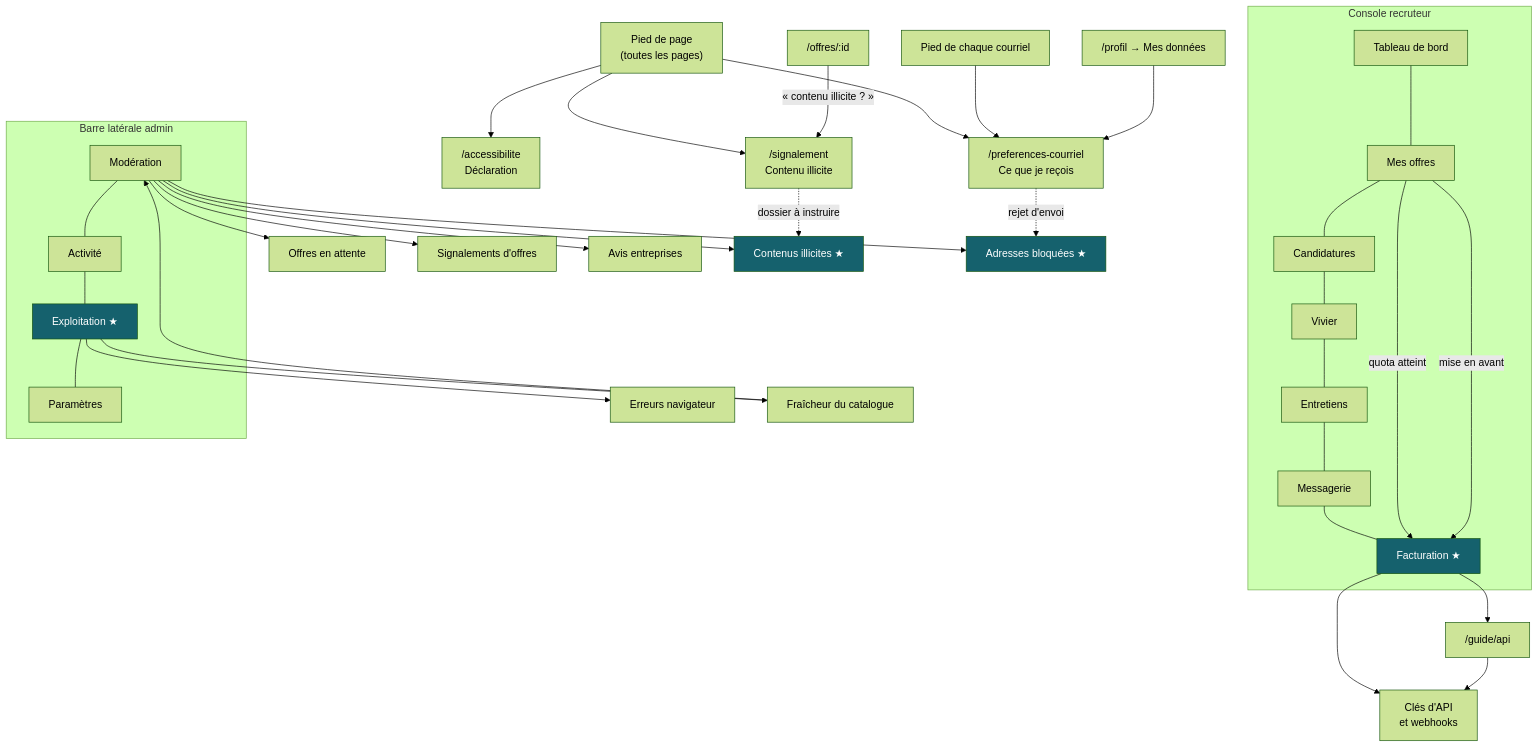
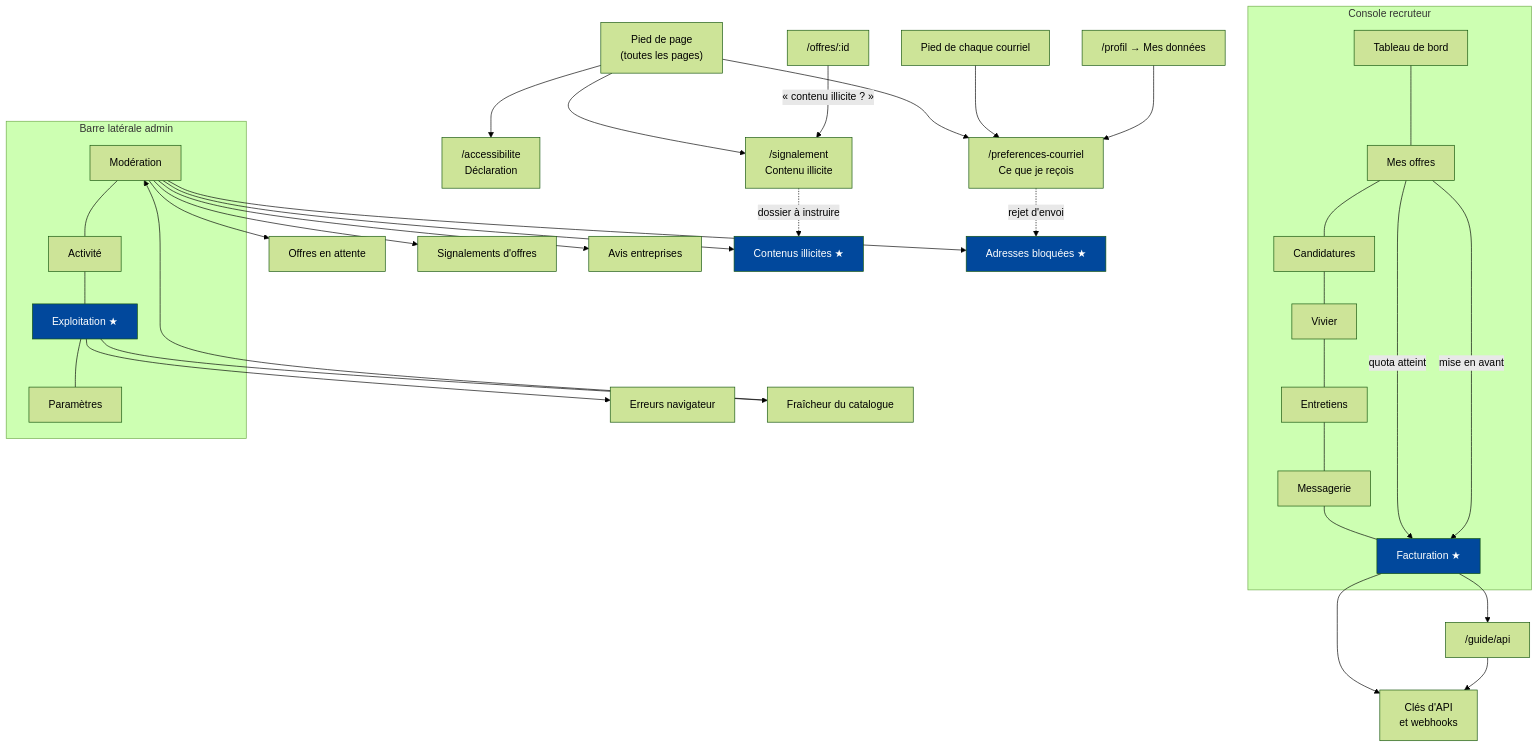
Before and after one commit to olivierdupuy/LaPlateformeDeLemploiFront: the first of 14 diagrams in WORKFLOWS.md, drawn with Mermaid (forest theme). The commit also changed 81 other files, not shown here.

````diff
--- a/WORKFLOWS.md
+++ b/WORKFLOWS.md
@@ -23,47 +23,47 @@
 ```mermaid
 graph TD
     Pied["Pied de page<br/>(toutes les pages)"]
     Pied --> Acc["/accessibilite<br/>Déclaration"]
     Pied --> Sig["/signalement<br/>Contenu illicite"]
     Pied --> Pref["/preferences-courriel<br/>Ce que je reçois"]
 
     Courriel["Pied de chaque courriel"] --> Pref
 
     Offre["/offres/:id"] -->|« contenu illicite ? »| Sig
 
     subgraph Rec["Console recruteur"]
         RTab["Tableau de bord"] --- ROff["Mes offres"] --- RCand["Candidatures"]
         RCand --- RViv["Vivier"] --- REnt["Entretiens"] --- RMsg["Messagerie"]
         RMsg --- RFac["Facturation ★"]
     end
 
     ROff -->|quota atteint| RFac
     ROff -->|mise en avant| RFac
     RFac --> API["Clés d'API<br/>et webhooks"]
     Doc["/guide/api"] --> API
 
     subgraph Adm["Barre latérale admin"]
         AMod["Modération"] --- AAct["Activité"] --- AExp["Exploitation ★"] --- APar["Paramètres"]
     end
 
     AExp --> AErr["Erreurs navigateur"]
     AExp --> ACat["Fraîcheur du catalogue"]
     ACat --> AMod
 
     AMod --> MOff["Offres en attente"]
     AMod --> MSig["Signalements d'offres"]
     AMod --> MAvi["Avis entreprises"]
     AMod --> MDsa["Contenus illicites ★"]
     AMod --> MRet["Adresses bloquées ★"]
 
     Sig -.->|dossier à instruire| MDsa
     Pref -.->|rejet d'envoi| MRet
 
     Profil["/profil → Mes données"] --> Pref
     RFac --> Doc
 
-    style RFac fill:#15616d,color:#fff
-    style AExp fill:#15616d,color:#fff
-    style MDsa fill:#15616d,color:#fff
-    style MRet fill:#15616d,color:#fff
+    style RFac fill:#01489C,color:#fff
+    style AExp fill:#01489C,color:#fff
+    style MDsa fill:#01489C,color:#fff
+    style MRet fill:#01489C,color:#fff
 ```
````
